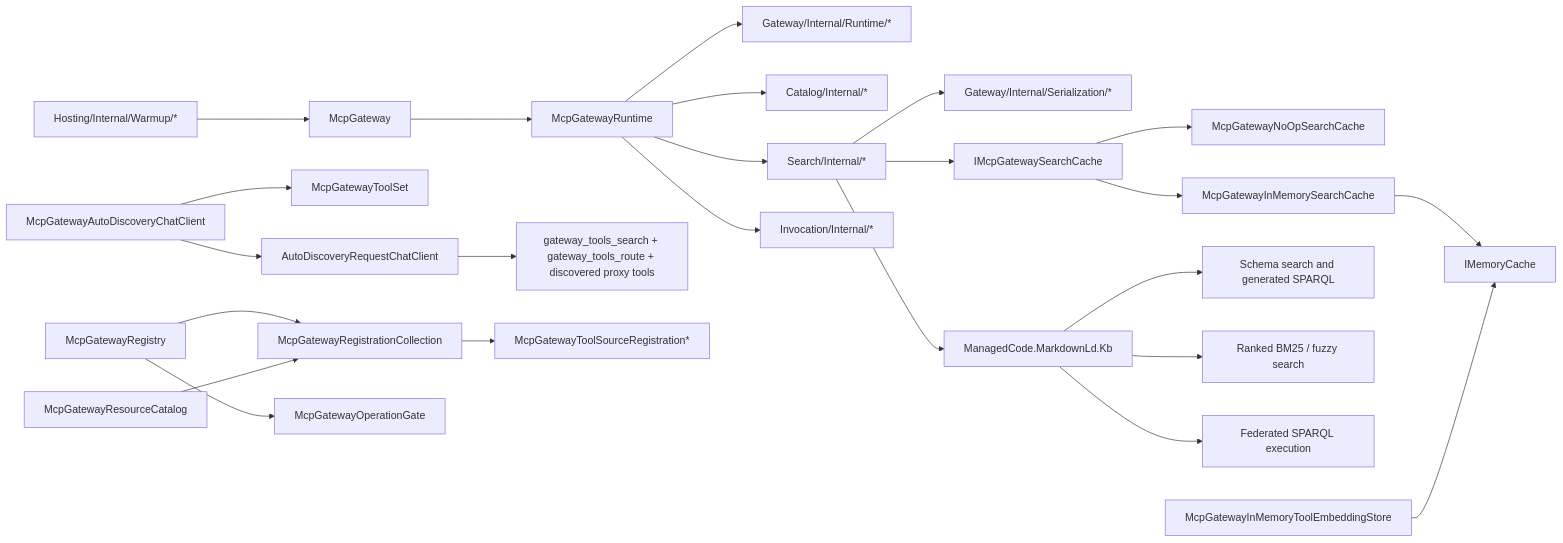
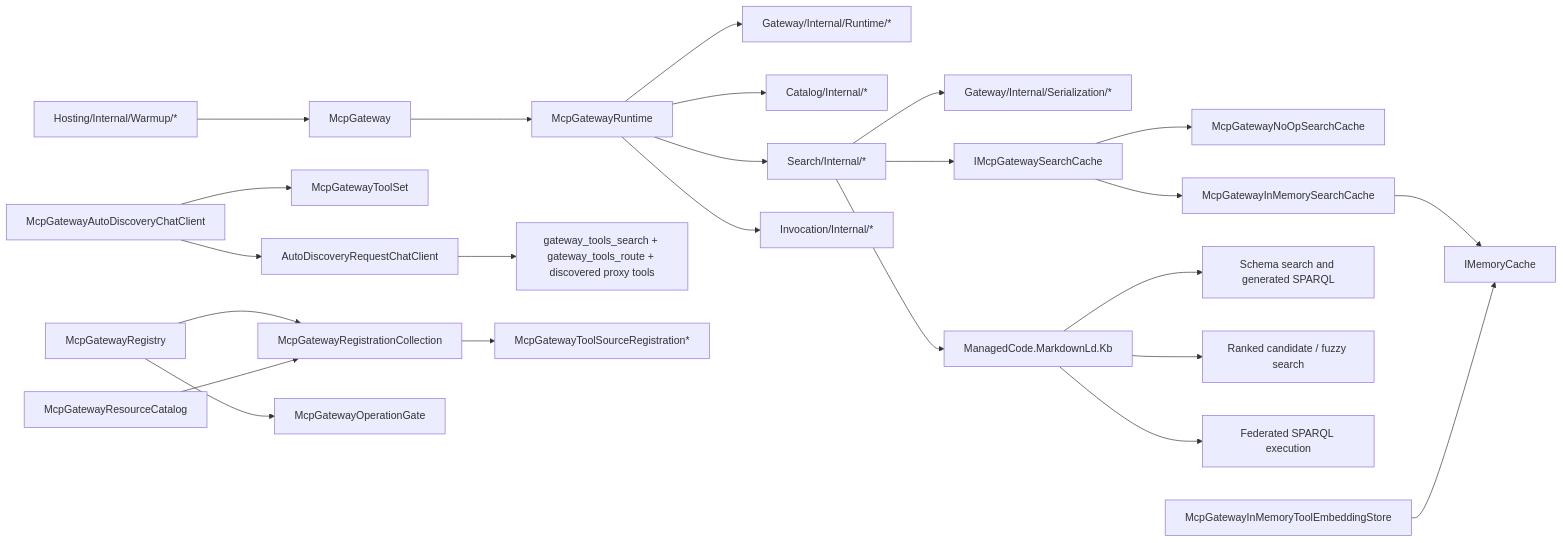
The fourth of 4 diagrams in docs/Architecture/Overview.md (managedcode/MCPGateway), drawn with Mermaid before and after one commit. The commit also changed other lines of this file and 28 other files, not shown here.

Commit message:
Optimize graph-backed search performance

````diff
--- a/docs/Architecture/Overview.md
+++ b/docs/Architecture/Overview.md
@@ -145,26 +145,26 @@
 ```mermaid
 flowchart LR
     McpGateway["McpGateway"] --> McpGatewayRuntime["McpGatewayRuntime"]
     AutoDiscovery["McpGatewayAutoDiscoveryChatClient"] --> ToolSet["McpGatewayToolSet"]
     AutoDiscovery --> RequestWrapper["AutoDiscoveryRequestChatClient"]
     RequestWrapper --> RuntimeTools["gateway_tools_search + gateway_tools_route + discovered proxy tools"]
     McpGatewayRuntime --> RuntimeCore["Gateway/Internal/Runtime/*"]
     McpGatewayRuntime --> RuntimeCatalog["Catalog/Internal/*"]
     McpGatewayRuntime --> RuntimeSearch["Search/Internal/*"]
     McpGatewayRuntime --> RuntimeInvocation["Invocation/Internal/*"]
     Registry["McpGatewayRegistry"] --> RegistrationCollection["McpGatewayRegistrationCollection"]
     Registry --> OperationGate["McpGatewayOperationGate"]
     ResourceCatalog["McpGatewayResourceCatalog"] --> RegistrationCollection
     RegistrationCollection --> SourceRegistrations["McpGatewayToolSourceRegistration*"]
     RuntimeSearch --> Json["Gateway/Internal/Serialization/*"]
     RuntimeSearch --> SearchCache["IMcpGatewaySearchCache"]
     SearchCache --> NoOpCache["McpGatewayNoOpSearchCache"]
     SearchCache --> InMemorySearchCache["McpGatewayInMemorySearchCache"]
     InMemorySearchCache --> MemoryCache["IMemoryCache"]
     RuntimeSearch --> MarkdownLd["ManagedCode.MarkdownLd.Kb"]
     MarkdownLd --> SchemaSparql["Schema search and generated SPARQL"]
-    MarkdownLd --> RankedSearch["Ranked BM25 / fuzzy search"]
+    MarkdownLd --> RankedSearch["Ranked candidate / fuzzy search"]
     MarkdownLd --> Federation["Federated SPARQL execution"]
     Warmup["Hosting/Internal/Warmup/*"] --> McpGateway
     InMemoryStore["McpGatewayInMemoryToolEmbeddingStore"] --> MemoryCache["IMemoryCache"]
 ```
````
